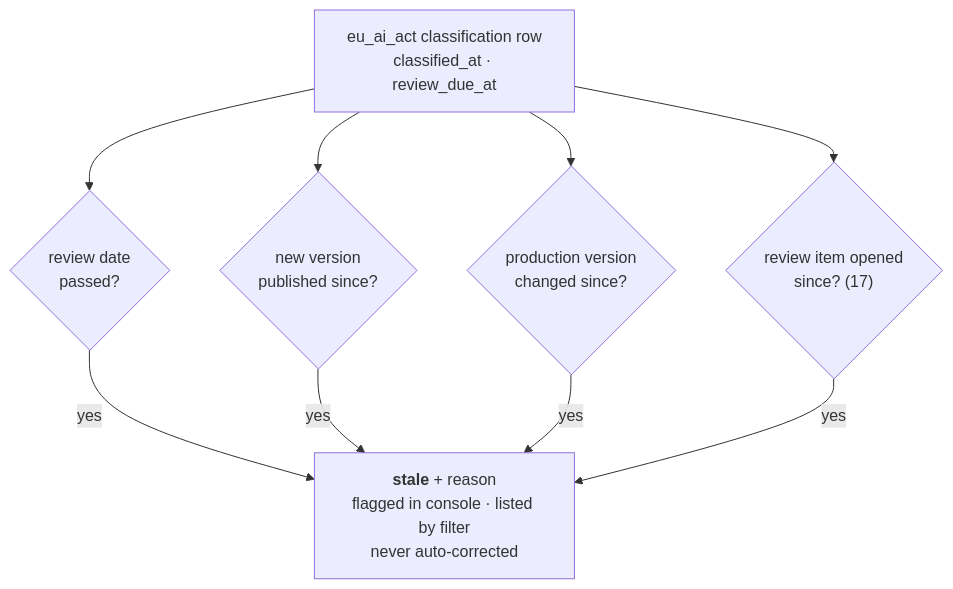
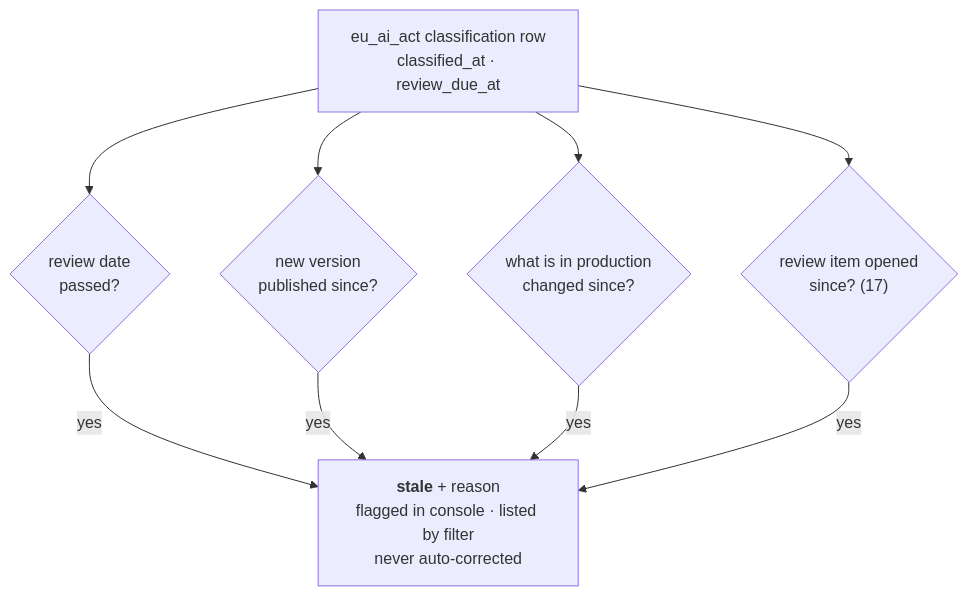
One commit to proseria-research/lineage changed the diagram in docs/16-eu-risk-classification.md. Above: the diagram before and after it, drawn with Mermaid. The commit also changed other lines of this file and 12 other files, not shown here.

````diff
--- a/docs/16-eu-risk-classification.md
+++ b/docs/16-eu-risk-classification.md
@@ -136,12 +139,12 @@
 ```mermaid
 flowchart TB
     c["eu_ai_act classification row<br/>classified_at · review_due_at"]
     c --> t{"review date<br/>passed?"}
     c --> v{"new version<br/>published since?"}
-    c --> p{"production version<br/>changed since?"}
+    c --> p{"what is in production<br/>changed since?"}
     c --> d{"review item opened<br/>since? (17)"}
     t -->|yes| s["<b>stale</b> + reason<br/>flagged in console · listed by filter<br/>never auto-corrected"]
     v -->|yes| s
     p -->|yes| s
     d -->|yes| s
 ```
````
